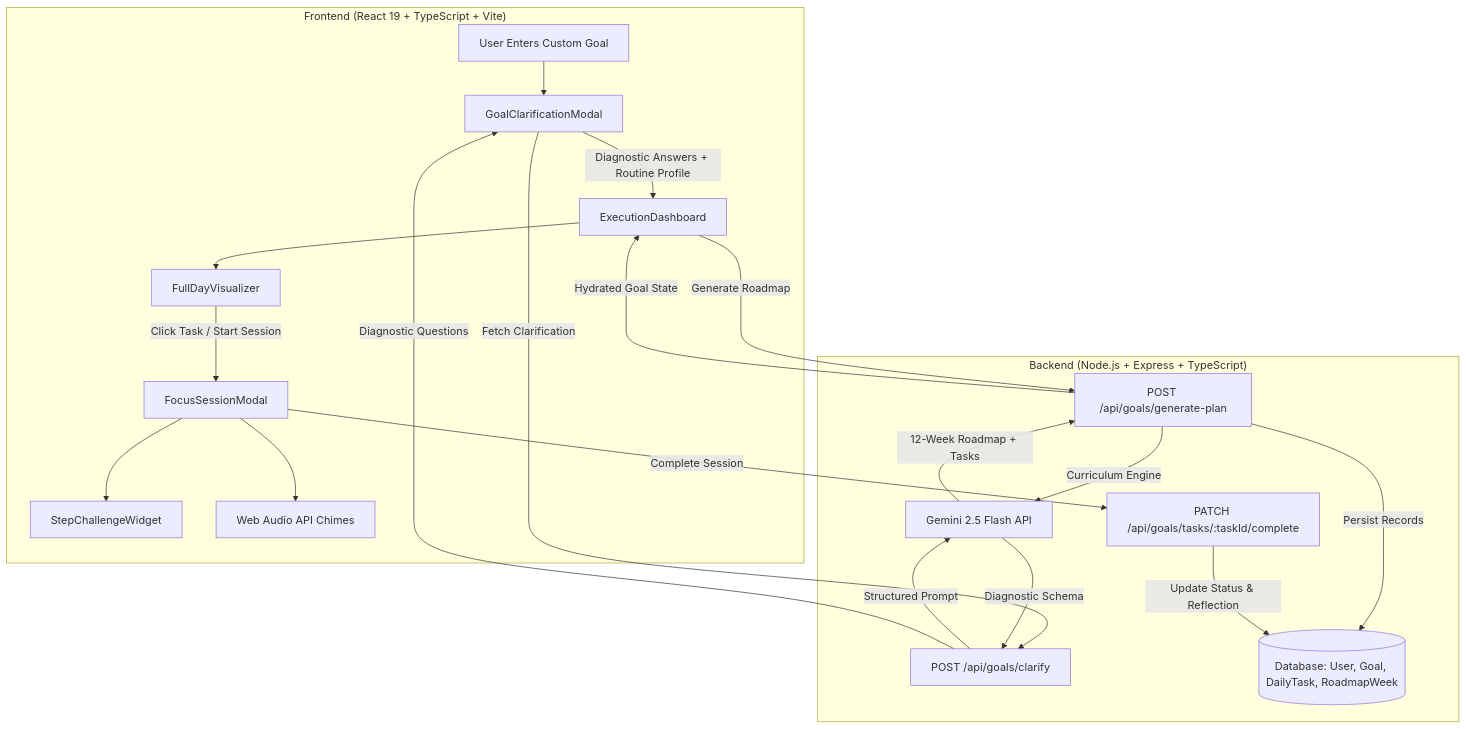
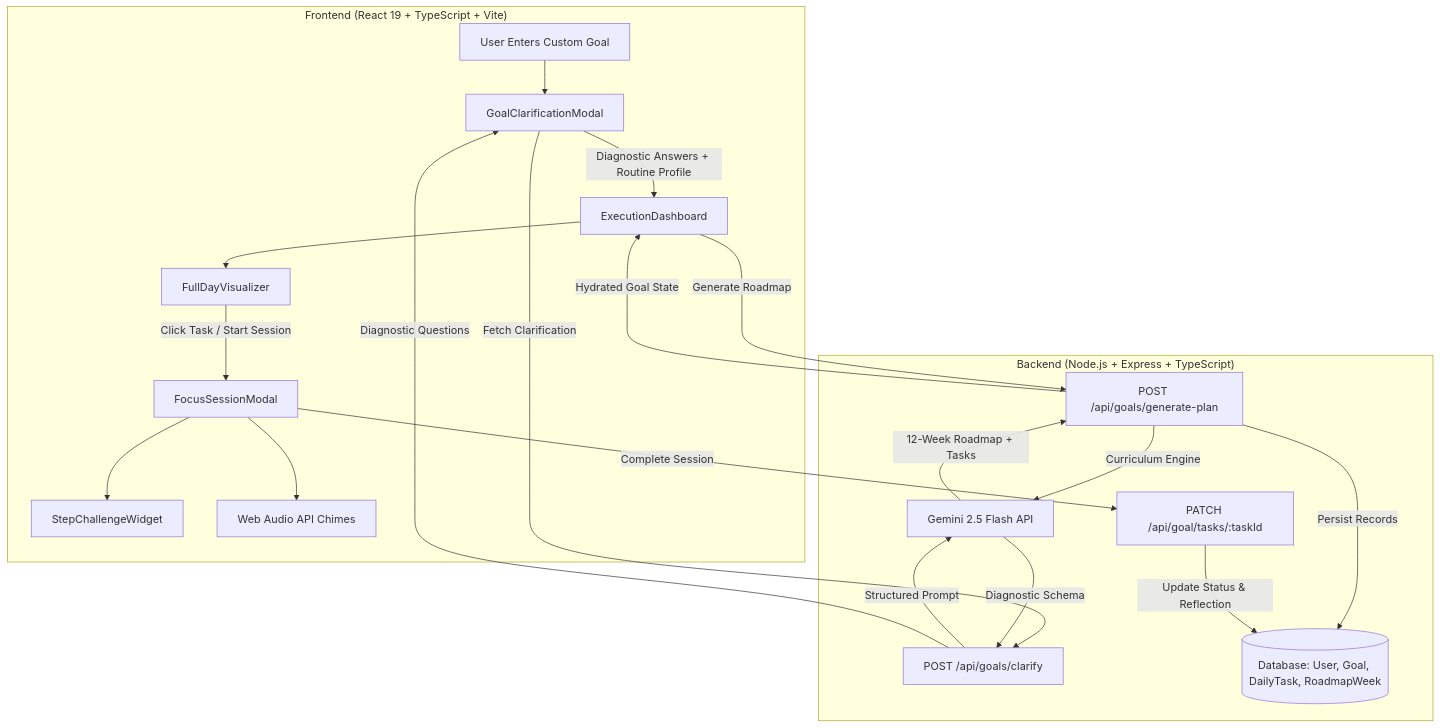
Before and after one commit to moahmed325/AchiviiWeb: the diagram in docs/architecture/custom-goal-engine.md, drawn with Mermaid. The commit also changed other lines of this file and 4 other files, not shown here.

First line of the commit message:
fix(test): reliable default frontend test run; task updates throw ApiError; fix task route in docs (B-36, B-34, B-35)

````diff
--- a/docs/architecture/custom-goal-engine.md
+++ b/docs/architecture/custom-goal-engine.md
@@ -46,33 +46,33 @@
 ```mermaid
 flowchart TD
     subgraph Client["Frontend (React 19 + TypeScript + Vite)"]
         A[User Enters Custom Goal] --> B[GoalClarificationModal]
         B -->|Diagnostic Answers + Routine Profile| C[ExecutionDashboard]
         C --> D[FullDayVisualizer]
         D -->|Click Task / Start Session| E[FocusSessionModal]
         E --> F[StepChallengeWidget]
         E --> G[Web Audio API Chimes]
     end
 
     subgraph Server["Backend (Node.js + Express + TypeScript)"]
         H[POST /api/goals/clarify]
         I[POST /api/goals/generate-plan]
-        J[PATCH /api/goals/tasks/:taskId/complete]
+        J[PATCH /api/goal/tasks/:taskId]
         K[Gemini 2.5 Flash API]
         L[(Database: User, Goal, DailyTask, RoadmapWeek)]
     end
 
     B -->|Fetch Clarification| H
     H -->|Structured Prompt| K
     K -->|Diagnostic Schema| H
     H -->|Diagnostic Questions| B
 
     C -->|Generate Roadmap| I
     I -->|Curriculum Engine| K
     K -->|12-Week Roadmap + Tasks| I
     I -->|Persist Records| L
     I -->|Hydrated Goal State| C
 
     E -->|Complete Session| J
     J -->|Update Status & Reflection| L
 ```
````
